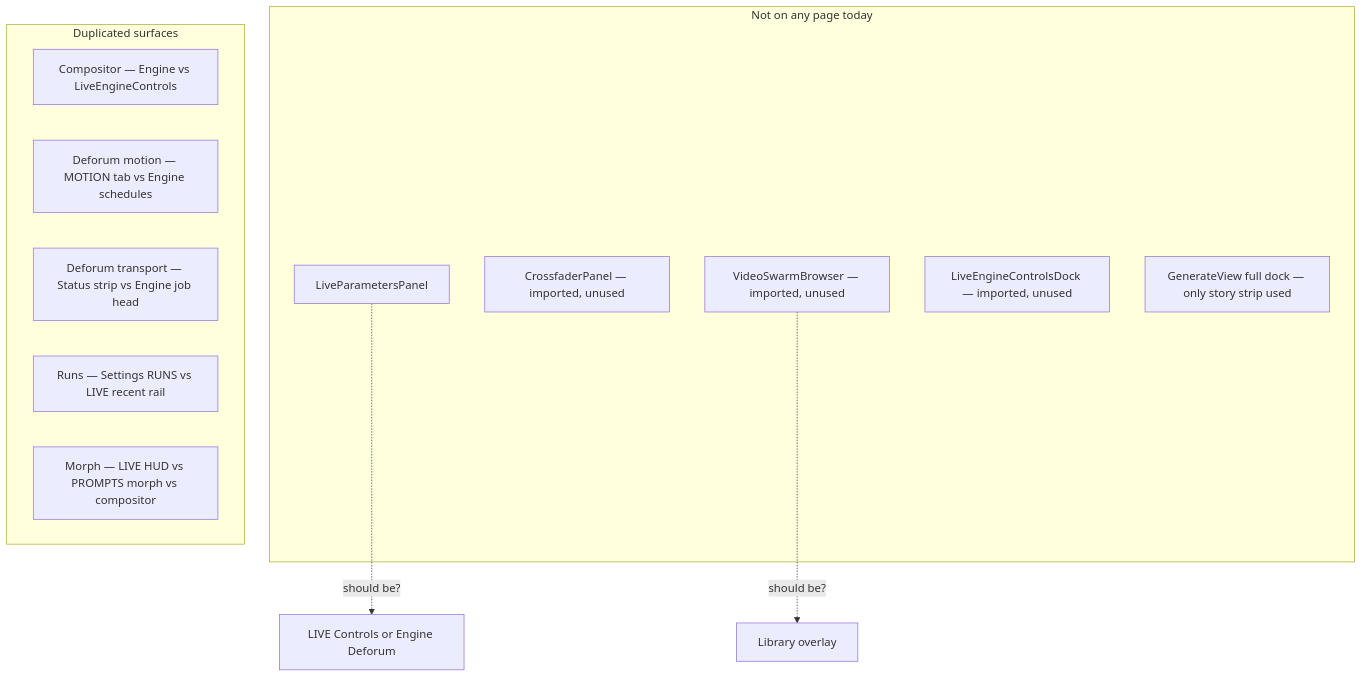
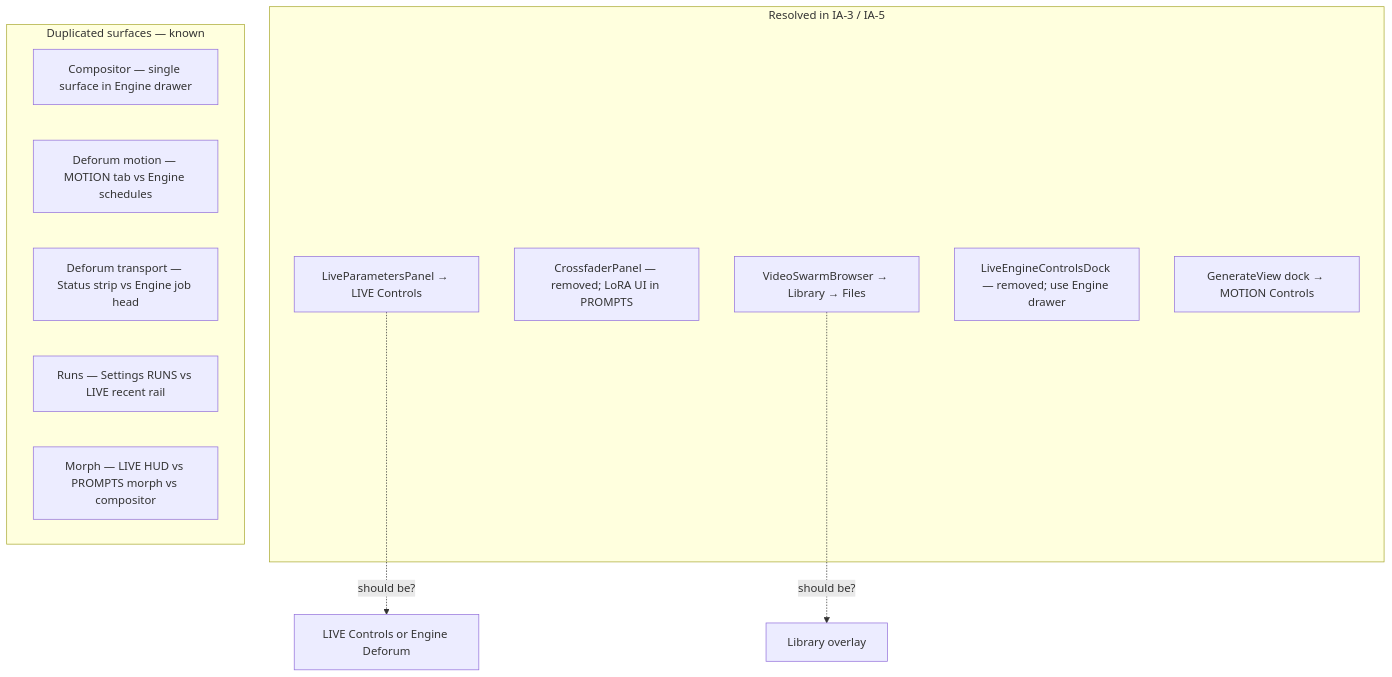
The ninth of 10 diagrams in docker/web/docs/UI-FEATURE-FLOW.md (janiluuk/defora), drawn with Mermaid before and after one commit. The commit also changed other lines of this file and 12 other files, not shown here.

````diff
--- a/docker/web/docs/UI-FEATURE-FLOW.md
+++ b/docker/web/docs/UI-FEATURE-FLOW.md
@@ -319,21 +333,21 @@
 ```mermaid
 flowchart TB
-  subgraph orphans["Not on any page today"]
-    O1["LiveParametersPanel"]
-    O2["CrossfaderPanel — imported, unused"]
-    O3["VideoSwarmBrowser — imported, unused"]
-    O4["LiveEngineControlsDock — imported, unused"]
-    O5["GenerateView full dock — only story strip used"]
+  subgraph orphans["Resolved in IA-3 / IA-5"]
+    O1["LiveParametersPanel → LIVE Controls"]
+    O2["CrossfaderPanel — removed; LoRA UI in PROMPTS"]
+    O3["VideoSwarmBrowser → Library → Files"]
+    O4["LiveEngineControlsDock — removed; use Engine drawer"]
+    O5["GenerateView dock → MOTION Controls"]
   end
 
-  subgraph dupes["Duplicated surfaces"]
-    D1["Compositor — Engine vs LiveEngineControls"]
+  subgraph dupes["Duplicated surfaces — known"]
+    D1["Compositor — single surface in Engine drawer"]
     D2["Deforum motion — MOTION tab vs Engine schedules"]
     D3["Deforum transport — Status strip vs Engine job head"]
     D4["Runs — Settings RUNS vs LIVE recent rail"]
     D5["Morph — LIVE HUD vs PROMPTS morph vs compositor"]
   end
 
   O1 -.->|"should be?"| LIVE_CTRL["LIVE Controls or Engine Deforum"]
   O3 -.->|"should be?"| LIB_BROWSER["Library overlay"]
 ```
````
